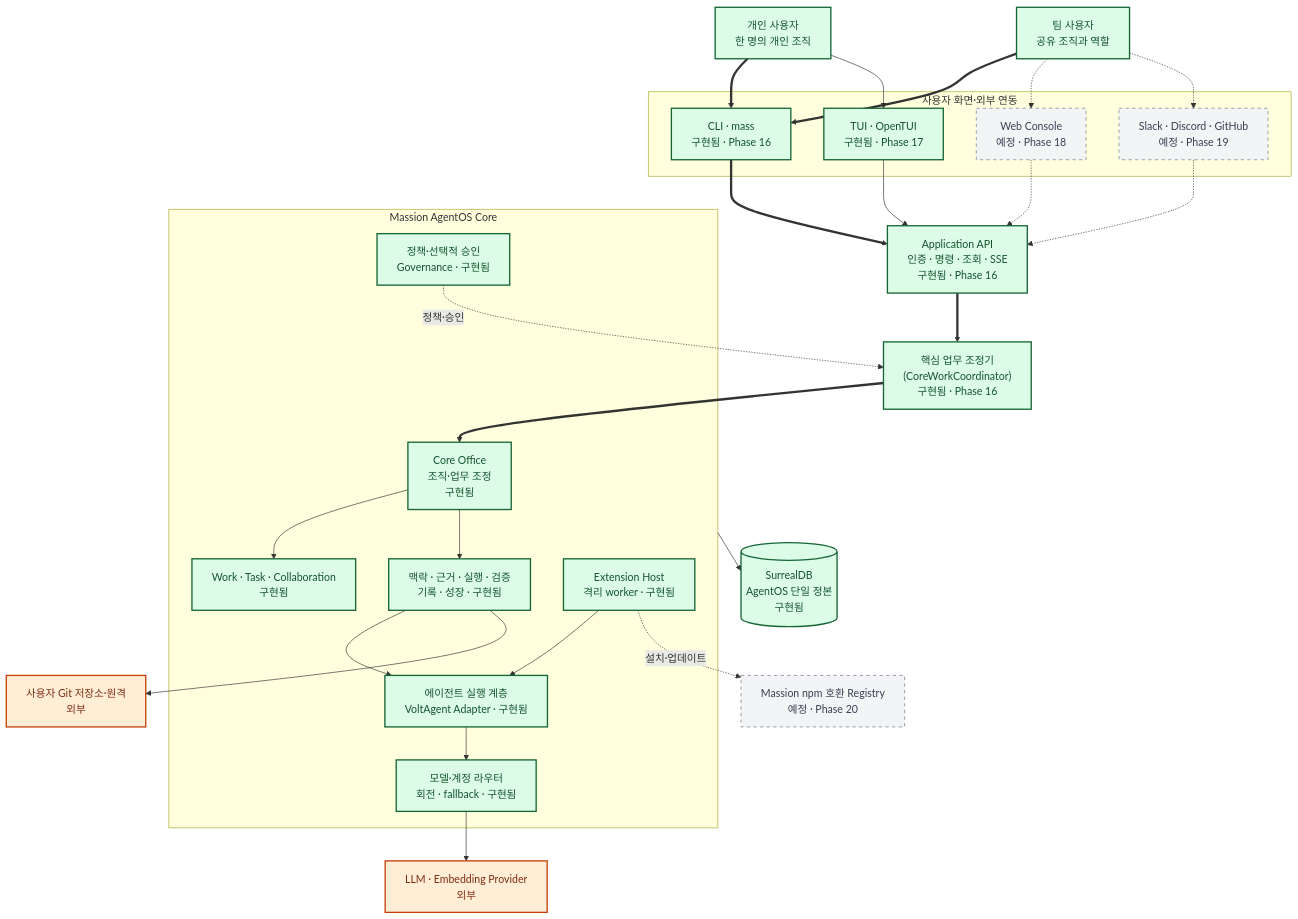
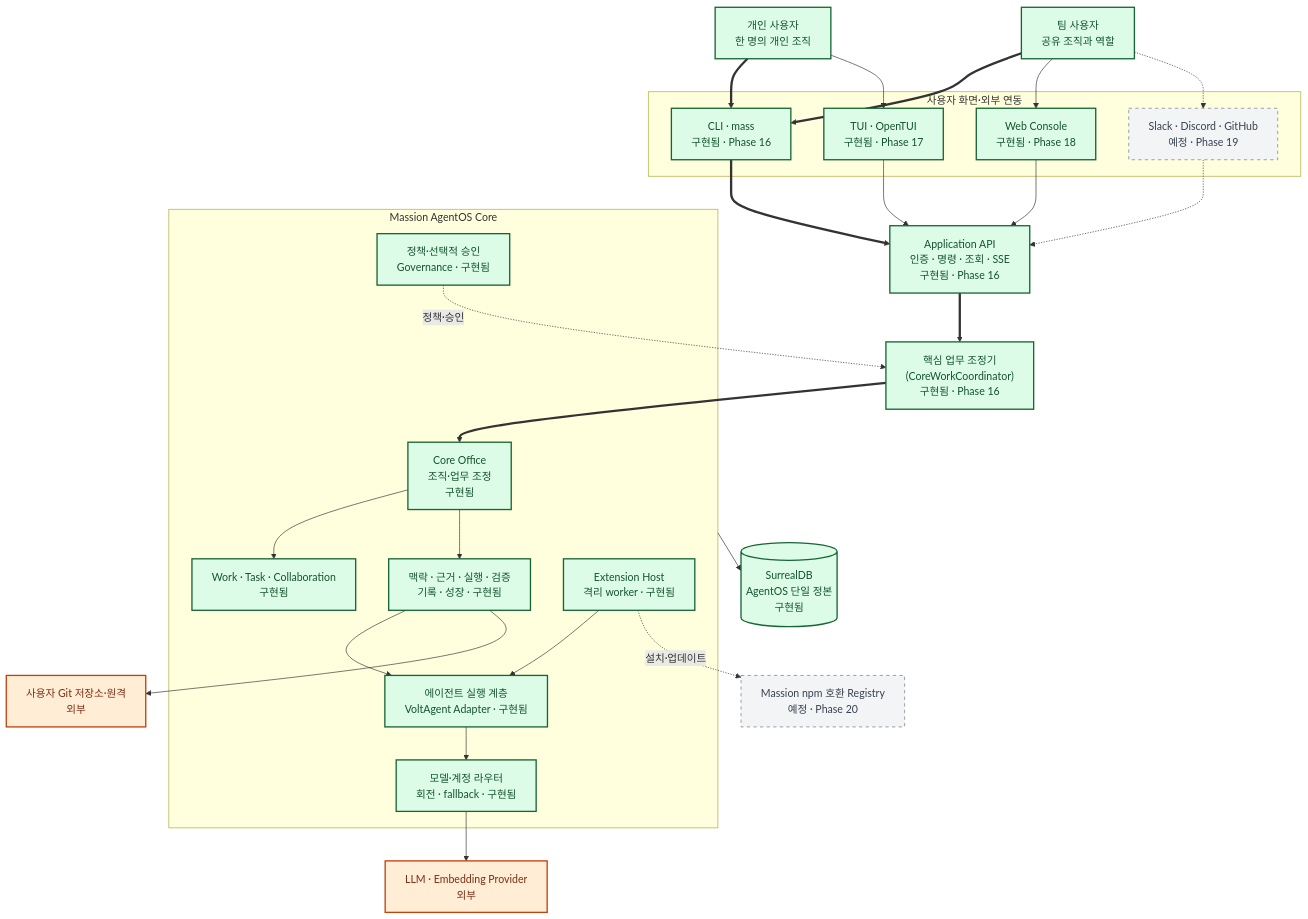
One commit to jabdori/massion changed the first of 10 diagrams in docs/architecture/README.md. Above: the diagram before and after it, drawn with Mermaid. The commit also changed other lines of this file, not shown here.

Commit message:
docs(phase-18): record web console review

````diff
--- a/docs/architecture/README.md
+++ b/docs/architecture/README.md
@@ -30,57 +30,57 @@
 ```mermaid
 flowchart TB
   classDef implemented fill:#dcfce7,stroke:#166534,color:#14532d,stroke-width:2px;
   classDef implementing fill:#dbeafe,stroke:#1d4ed8,color:#1e3a8a,stroke-width:3px;
   classDef planned fill:#f3f4f6,stroke:#6b7280,color:#374151,stroke-width:1px,stroke-dasharray:5 5;
   classDef external fill:#ffedd5,stroke:#c2410c,color:#7c2d12,stroke-width:2px;
 
   Person["개인 사용자<br/>한 명의 개인 조직"]:::implemented
   Team["팀 사용자<br/>공유 조직과 역할"]:::implemented
 
   subgraph Surfaces["사용자 화면·외부 연동"]
     CLI["CLI · mass<br/>구현됨 · Phase 16"]:::implemented
     TUI["TUI · OpenTUI<br/>구현됨 · Phase 17"]:::implemented
-    Web["Web Console<br/>예정 · Phase 18"]:::planned
+    Web["Web Console<br/>구현됨 · Phase 18"]:::implemented
     Channels["Slack · Discord · GitHub<br/>예정 · Phase 19"]:::planned
   end
 
   API["Application API<br/>인증 · 명령 · 조회 · SSE<br/>구현됨 · Phase 16"]:::implemented
   Coordinator["핵심 업무 조정기<br/>(CoreWorkCoordinator)<br/>구현됨 · Phase 16"]:::implemented
 
   subgraph AgentOS["Massion AgentOS Core"]
     Office["Core Office<br/>조직·업무 조정<br/>구현됨"]:::implemented
     Work["Work · Task · Collaboration<br/>구현됨"]:::implemented
     Governance["정책·선택적 승인<br/>Governance · 구현됨"]:::implemented
     Intelligence["맥락 · 근거 · 실행 · 검증<br/>기록 · 성장 · 구현됨"]:::implemented
     Runtime["에이전트 실행 계층<br/>VoltAgent Adapter · 구현됨"]:::implemented
     Router["모델·계정 라우터<br/>회전 · fallback · 구현됨"]:::implemented
     ExtHost["Extension Host<br/>격리 worker · 구현됨"]:::implemented
   end
 
   DB[("SurrealDB<br/>AgentOS 단일 정본<br/>구현됨")]:::implemented
   Registry["Massion npm 호환 Registry<br/>예정 · Phase 20"]:::planned
   Providers["LLM · Embedding Provider<br/>외부"]:::external
   Git["사용자 Git 저장소·원격<br/>외부"]:::external
 
   Person ==> CLI
   Team ==> CLI
   Person --> TUI
-  Team -.-> Web
+  Team --> Web
   Team -.-> Channels
   CLI ==> API
   TUI --> API
-  Web -.-> API
+  Web --> API
   Channels -.-> API
   API ==> Coordinator
   Coordinator ==> Office
   Office --> Work
   Governance -. "정책·승인" .-> Coordinator
   Office --> Intelligence
   Intelligence --> Runtime
   Runtime --> Router
   ExtHost --> Runtime
   AgentOS --> DB
   Router --> Providers
   ExtHost -. "설치·업데이트" .-> Registry
   Intelligence --> Git
 ```
````
